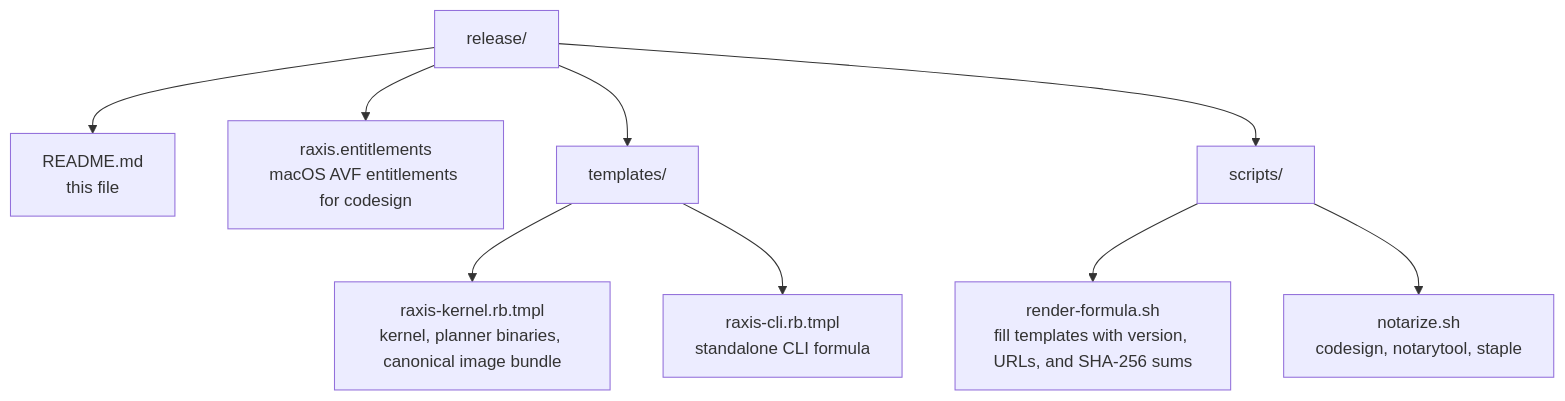
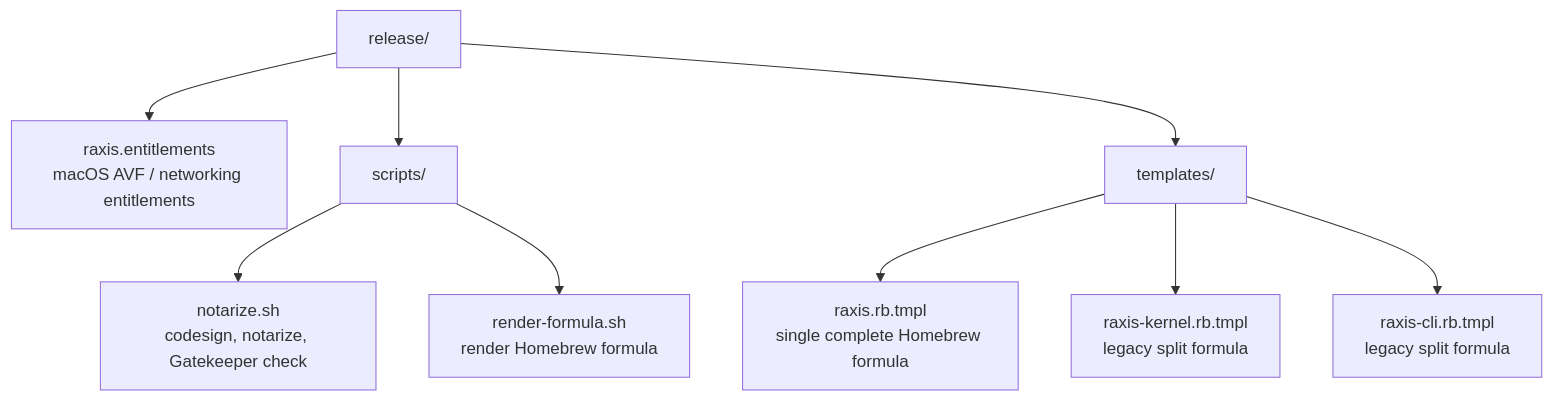
The first of 2 diagrams in raxis/release/README.md (chika5105/raxis), drawn with Mermaid before and after one commit. The commit also changed other lines of this file and 8 other files, not shown here.

Commit message:
Harden Homebrew release process

````diff
--- a/raxis/release/README.md
+++ b/raxis/release/README.md
@@ -6,12 +7,12 @@
 ```mermaid
 flowchart TD
     release["release/"]
-    release --> readme["README.md<br/>this file"]
-    release --> entitlements["raxis.entitlements<br/>macOS AVF entitlements for codesign"]
+    release --> entitlements["raxis.entitlements<br/>macOS AVF / networking entitlements"]
+    release --> scripts["scripts/"]
+    scripts --> notarize["notarize.sh<br/>codesign, notarize, Gatekeeper check"]
+    scripts --> render["render-formula.sh<br/>render Homebrew formula"]
     release --> templates["templates/"]
-    templates --> kernel_formula["raxis-kernel.rb.tmpl<br/>kernel, planner binaries, canonical image bundle"]
-    templates --> cli_formula["raxis-cli.rb.tmpl<br/>standalone CLI formula"]
-    release --> scripts["scripts/"]
-    scripts --> render["render-formula.sh<br/>fill templates with version, URLs, and SHA-256 sums"]
-    scripts --> notarize["notarize.sh<br/>codesign, notarytool, staple"]
+    templates --> formula["raxis.rb.tmpl<br/>single complete Homebrew formula"]
+    templates --> legacy_kernel["raxis-kernel.rb.tmpl<br/>legacy split formula"]
+    templates --> legacy_cli["raxis-cli.rb.tmpl<br/>legacy split formula"]
 ```
````
